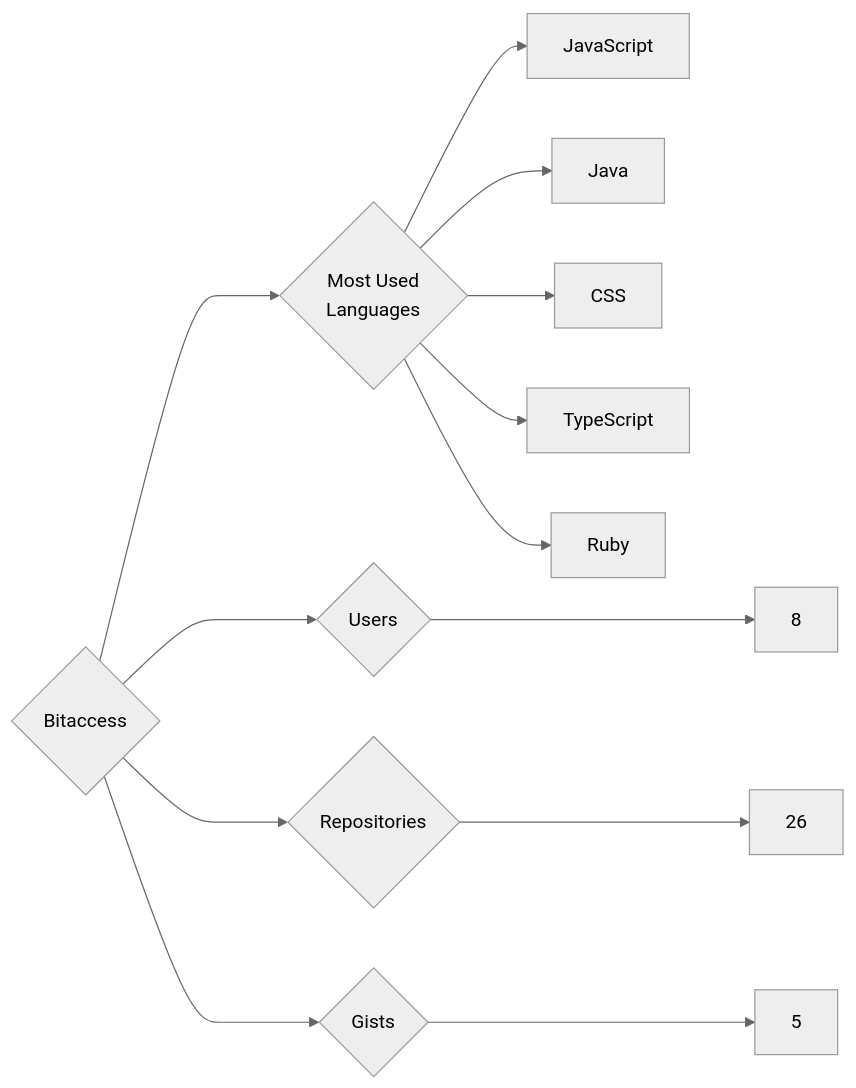
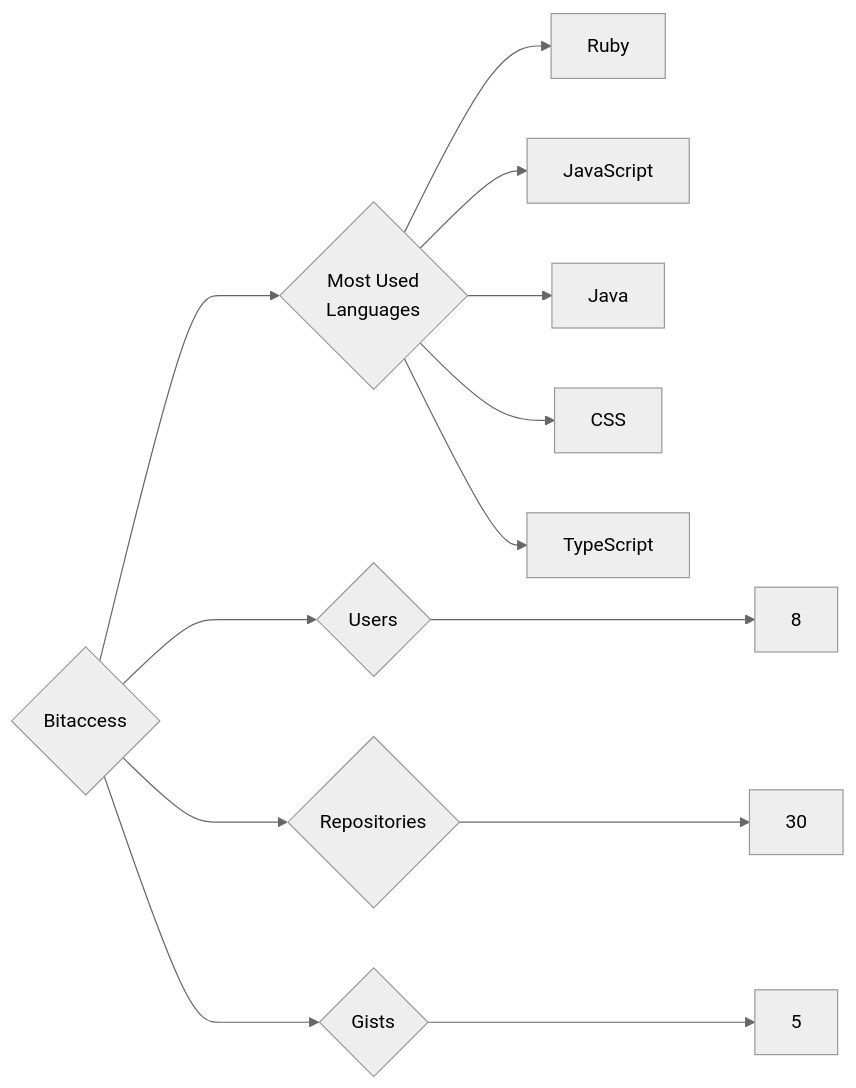
The diagram in targets/Bitaccess/README.md (trickest/insiders), drawn with Mermaid (neutral theme) before and after one commit. The commit also changed 1148 other files, not shown here.

````diff
--- a/targets/Bitaccess/README.md
+++ b/targets/Bitaccess/README.md
@@ -3,13 +3,13 @@
 ```mermaid
 graph LR
 COMPANY_NAME{Bitaccess}
 COMPANY_NAME ---> U{Users} ---> UN[8]
-COMPANY_NAME ---> R{Repositories} ---> RN[26]
+COMPANY_NAME ---> R{Repositories} ---> RN[30]
 COMPANY_NAME ---> G{Gists} ---> GN[5]
 COMPANY_NAME ---> ML{Most Used<br>Languages}
+ML --> Ruby[Ruby]
 ML --> JavaScript[JavaScript]
 ML --> Java[Java]
 ML --> CSS[CSS]
 ML --> TypeScript[TypeScript]
-ML --> Ruby[Ruby]
 ```
````
